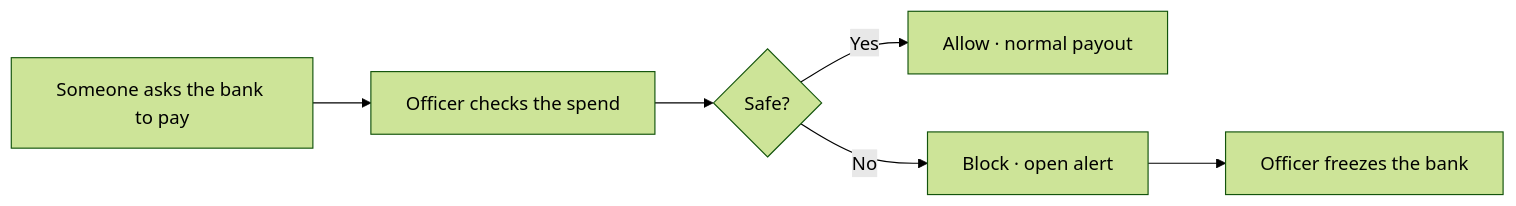
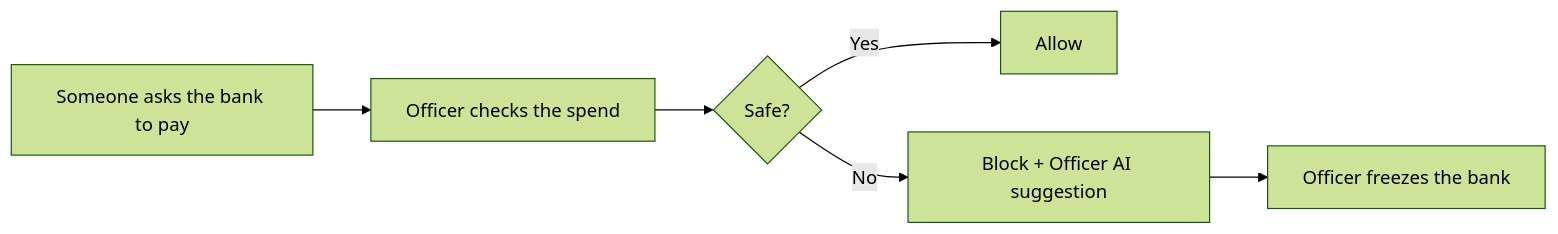
The diagram in README.md (thesithunyein/arb-guardian), drawn with Mermaid (forest theme) before and after one commit. The commit also changed other lines of this file and 4 other files, not shown here.

````diff
--- a/README.md
+++ b/README.md
@@ -27,8 +31,8 @@
 ```mermaid
 flowchart LR
   A[Someone asks the bank to pay] --> B[Officer checks the spend]
   B --> C{Safe?}
-  C -->|Yes| D[Allow · normal payout]
-  C -->|No| E[Block · open alert]
+  C -->|Yes| D[Allow]
+  C -->|No| E[Block + Officer AI suggestion]
   E --> F[Officer freezes the bank]
 ```
````
